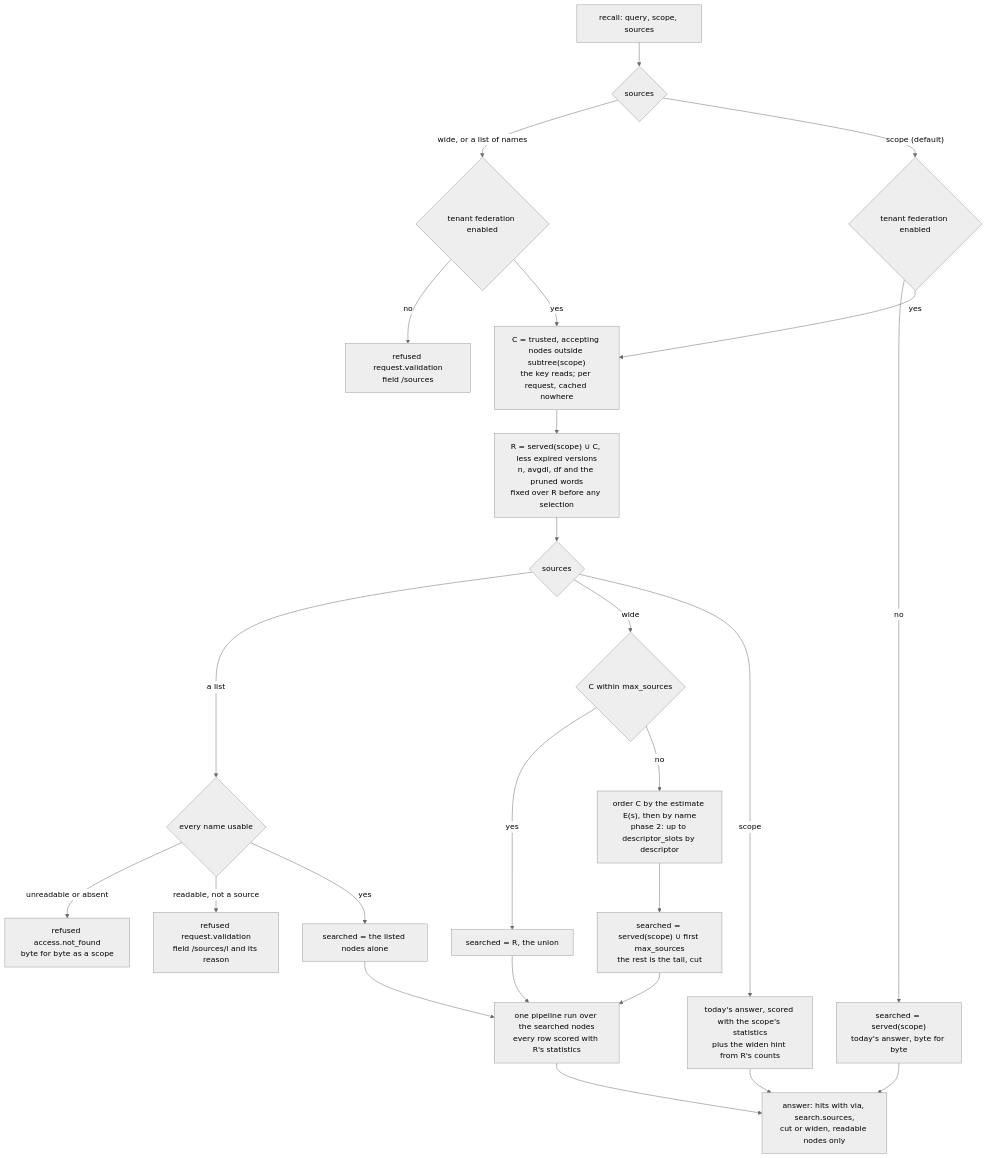
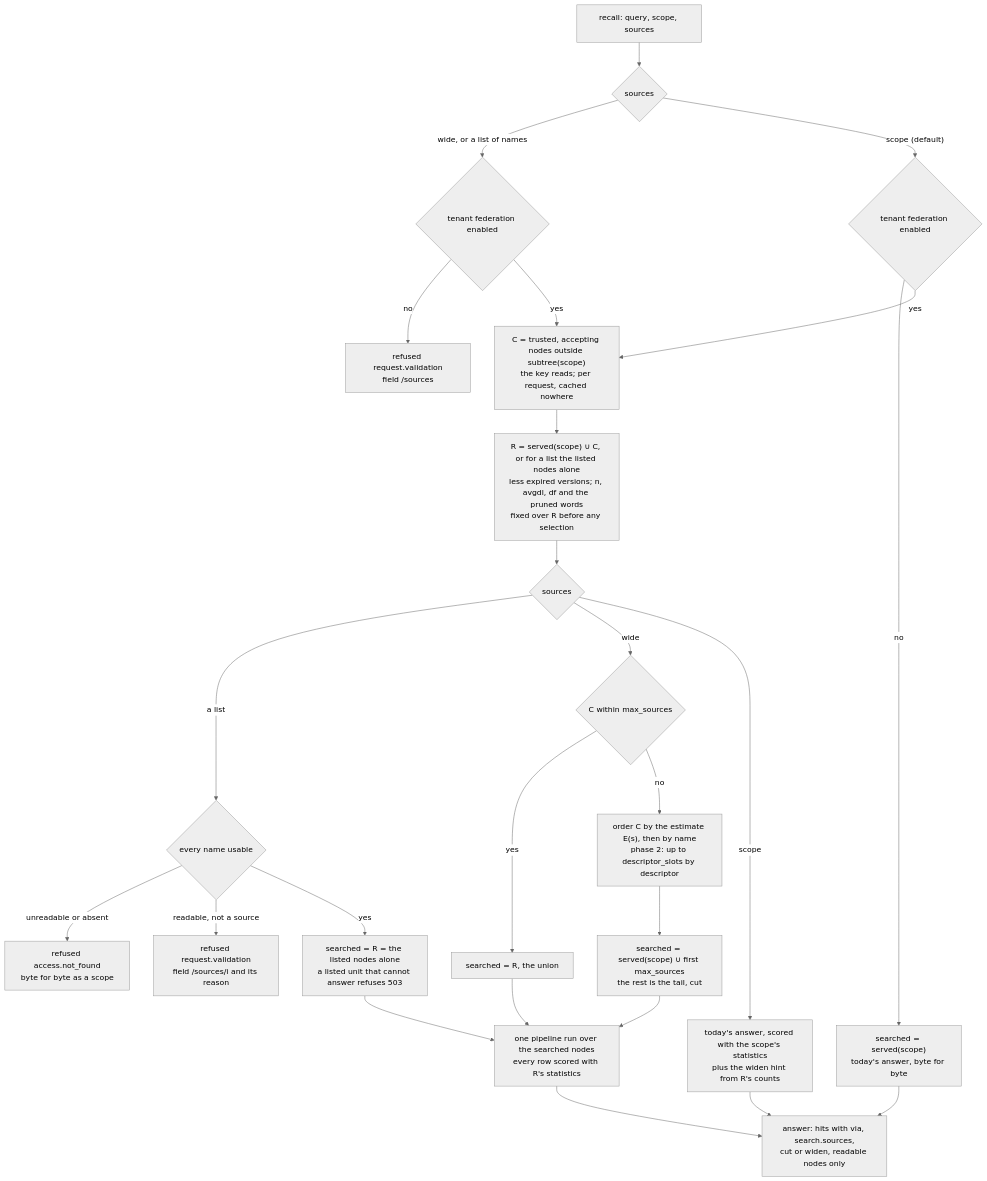
The first of 2 diagrams in docs/adr/ADR-0072-recall-searches-the-trusted-workareas-a-key-already-reads-chosen-per-query-by-reviewed-descriptors-and-never-widens-what-it-may-read.md (e8kor/open-memory-lab), drawn with Mermaid (neutral theme) before and after one commit. The commit also changed other lines of this file, not shown here.

Commit message:
ADR-0072: a list's statistics cover the listed nodes alone, the widen hint compares rates, and phase 2 has a numeric floor

````diff
--- a/docs/adr/ADR-0072-recall-searches-the-trusted-workareas-a-key-already-reads-chosen-per-query-by-reviewed-descriptors-and-never-widens-what-it-may-read.md
+++ b/docs/adr/ADR-0072-recall-searches-the-trusted-workareas-a-key-already-reads-chosen-per-query-by-reviewed-descriptors-and-never-widens-what-it-may-read.md
@@ -134,27 +152,27 @@
 ```mermaid
 flowchart TD
   Q["recall: query, scope, sources"] --> M{"sources"}
   M -->|"wide, or a list of names"| F{"tenant federation enabled"}
   F -->|no| X["refused request.validation<br/>field /sources"]
   F -->|yes| C["C = trusted, accepting nodes outside subtree(scope)<br/>the key reads; per request, cached nowhere"]
   M -->|"scope (default)"| SC{"tenant federation enabled"}
   SC -->|no| S["searched = served(scope)<br/>today's answer, byte for byte"]
   SC -->|yes| C
   S --> A
-  C --> R["R = served(scope) ∪ C, less expired versions<br/>n, avgdl, df and the pruned words<br/>fixed over R before any selection"]
+  C --> R["R = served(scope) ∪ C, or for a list the listed nodes alone<br/>less expired versions; n, avgdl, df and the pruned words<br/>fixed over R before any selection"]
   R --> L{"sources"}
   L -->|"a list"| V{"every name usable"}
   V -->|"unreadable or absent"| NF["refused access.not_found<br/>byte for byte as a scope"]
   V -->|"readable, not a source"| VR["refused request.validation<br/>field /sources/i and its reason"]
-  V -->|yes| SL["searched = the listed nodes alone"]
+  V -->|yes| SL["searched = R = the listed nodes alone<br/>a listed unit that cannot answer refuses 503"]
   L -->|wide| CAP{"C within max_sources"}
   L -->|"scope"| WH["today's answer, scored with the scope's statistics<br/>plus the widen hint from R's counts"]
   CAP -->|yes| U["searched = R, the union"]
   CAP -->|no| O["order C by the estimate E(s), then by name<br/>phase 2: up to descriptor_slots by descriptor"]
   O --> T["searched = served(scope) ∪ first max_sources<br/>the rest is the tail, cut"]
   SL --> P["one pipeline run over the searched nodes<br/>every row scored with R's statistics"]
   WH --> A
   U --> P
   T --> P
   P --> A["answer: hits with via, search.sources,<br/>cut or widen, readable nodes only"]
 ```
````
